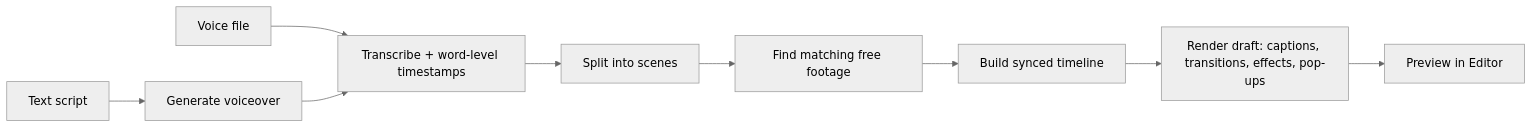
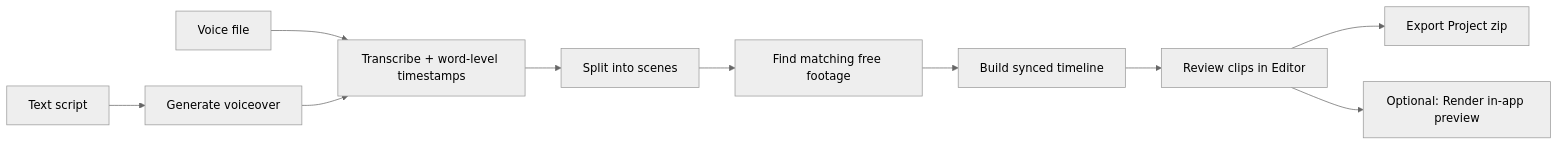
Before and after one commit to Farhaal/YT-Automation-tool: the diagram in README.md, drawn with Mermaid (neutral theme). The commit also changed 4 other files, not shown here.

Commit message:
feat: make in-app render optional; export-first ready state

````diff
--- a/README.md
+++ b/README.md
@@ -47,10 +47,11 @@
 ```mermaid
 flowchart LR
     A[Voice file] --> C[Transcribe + word-level timestamps]
     B[Text script] --> T[Generate voiceover] --> C
     C --> D[Split into scenes]
     D --> E[Find matching free footage]
     E --> F[Build synced timeline]
-    F --> G[Render draft: captions, transitions, effects, pop-ups]
-    G --> H[Preview in Editor]
+    F --> G[Review clips in Editor]
+    G --> H[Export Project zip]
+    G --> I[Optional: Render in-app preview]
 ```
````
